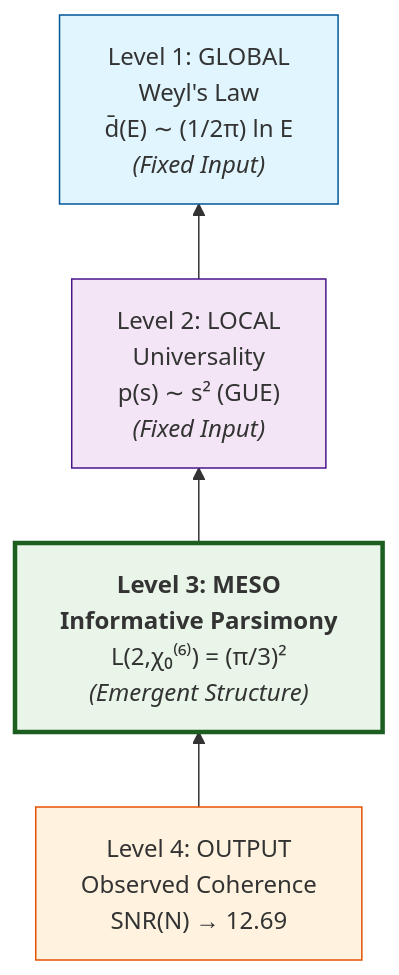
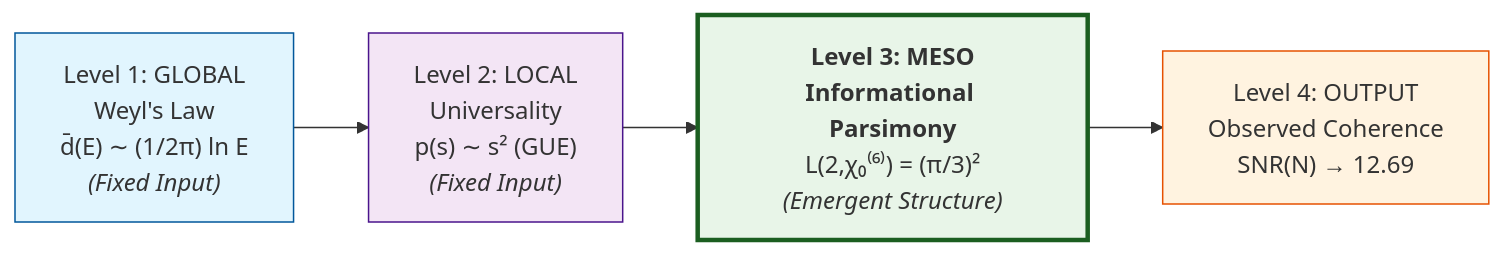
One commit to NachoPeinador/RIEMANN_Z6 changed the second of 2 diagrams in README.md. Above: the diagram before and after it, drawn with Mermaid.

````diff
--- a/README.md
+++ b/README.md
@@ -95,12 +95,12 @@
 ```mermaid
-graph BT
-    L4["Level 4: OUTPUT<br>Observed Coherence<br>SNR(N) → 12.69"] --> L3
-    L3["<strong>Level 3: MESO<br>Informative Parsimony</strong><br>L(2,χ₀⁽⁶⁾) = (π/3)²<br><em>(Emergent Structure)</em>"] --> L2
-    L2["Level 2: LOCAL<br>Universality<br>p(s) ∼ s² (GUE)<br><em>(Fixed Input)</em>"] --> L1
-    L1["Level 1: GLOBAL<br>Weyl's Law<br>d̄(E) ∼ (1/2π) ln E<br><em>(Fixed Input)</em>"]
-
+graph LR
+    L1["Level 1: GLOBAL<br>Weyl's Law<br>d̄(E) ∼ (1/2π) ln E<br><em>(Fixed Input)</em>"] --> L2
+    L2["Level 2: LOCAL<br>Universality<br>p(s) ∼ s² (GUE)<br><em>(Fixed Input)</em>"] --> L3
+    L3["<strong>Level 3: MESO<br>Informational Parsimony</strong><br>L(2,χ₀⁽⁶⁾) = (π/3)²<br><em>(Emergent Structure)</em>"] --> L4
+    L4["Level 4: OUTPUT<br>Observed Coherence<br>SNR(N) → 12.69"]
+    
     style L1 fill:#e1f5fe,stroke:#01579b
     style L2 fill:#f3e5f5,stroke:#4a148c
     style L3 fill:#e8f5e8,stroke:#1b5e20,stroke-width:3px
     style L4 fill:#fff3e0,stroke:#e65100
 ```
````
